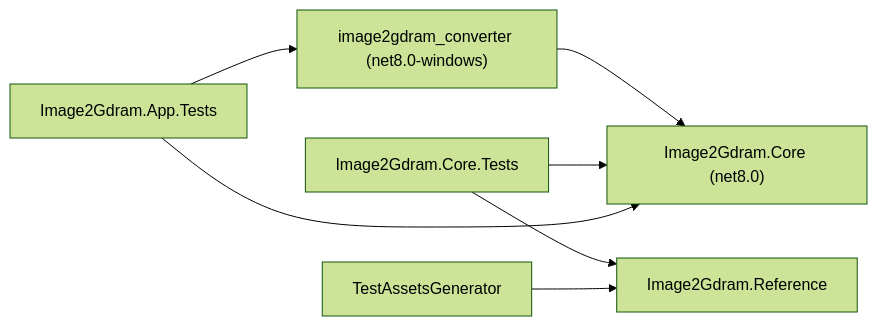
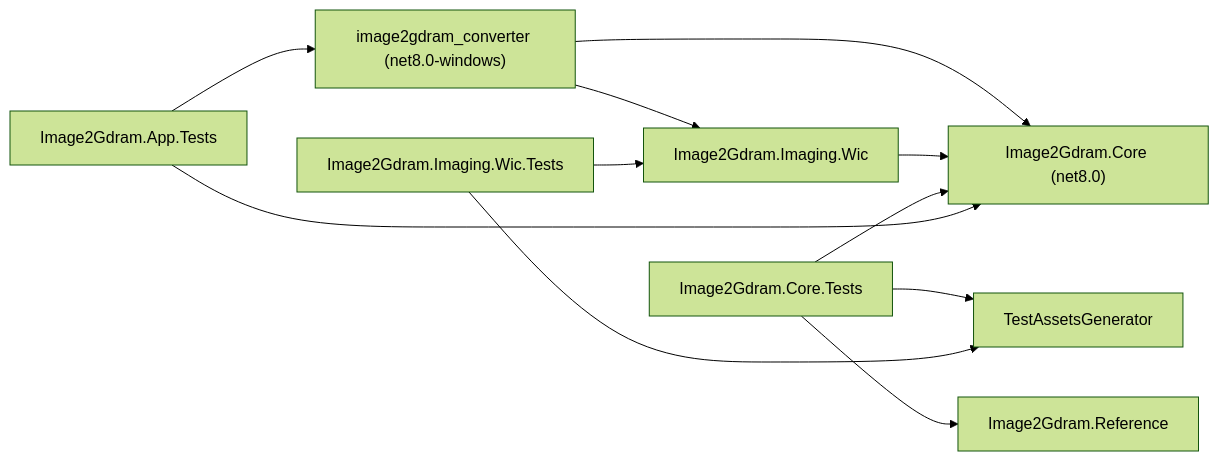
The first of 3 diagrams in docs/architecture.md (Gary11777/image2gdram_converter), drawn with Mermaid (forest theme) before and after one commit. The commit also changed other lines of this file and 56 other files, not shown here.

````diff
--- a/docs/architecture.md
+++ b/docs/architecture.md
@@ -41,9 +45,13 @@
 ```mermaid
 flowchart LR
     App["image2gdram_converter (net8.0-windows)"] --> Core["Image2Gdram.Core (net8.0)"]
+    App --> Wic["Image2Gdram.Imaging.Wic"]
+    Wic --> Core
     CoreTests["Image2Gdram.Core.Tests"] --> Core
     CoreTests --> Ref["Image2Gdram.Reference"]
+    CoreTests --> Tool["TestAssetsGenerator"]
+    WicTests["Image2Gdram.Imaging.Wic.Tests"] --> Wic
+    WicTests --> Tool
     AppTests["Image2Gdram.App.Tests"] --> App
     AppTests --> Core
-    Tool["TestAssetsGenerator"] --> Ref
 ```
````
